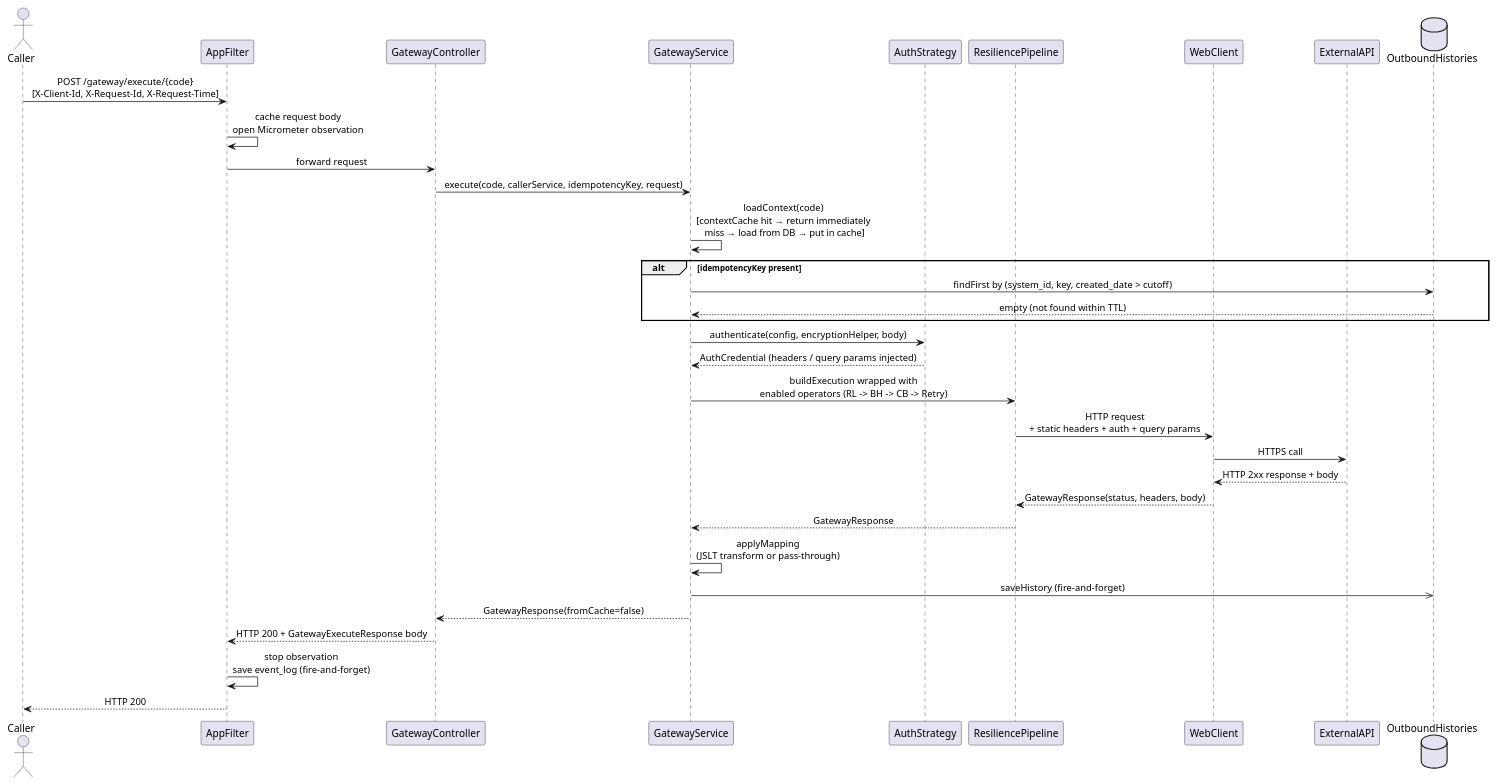
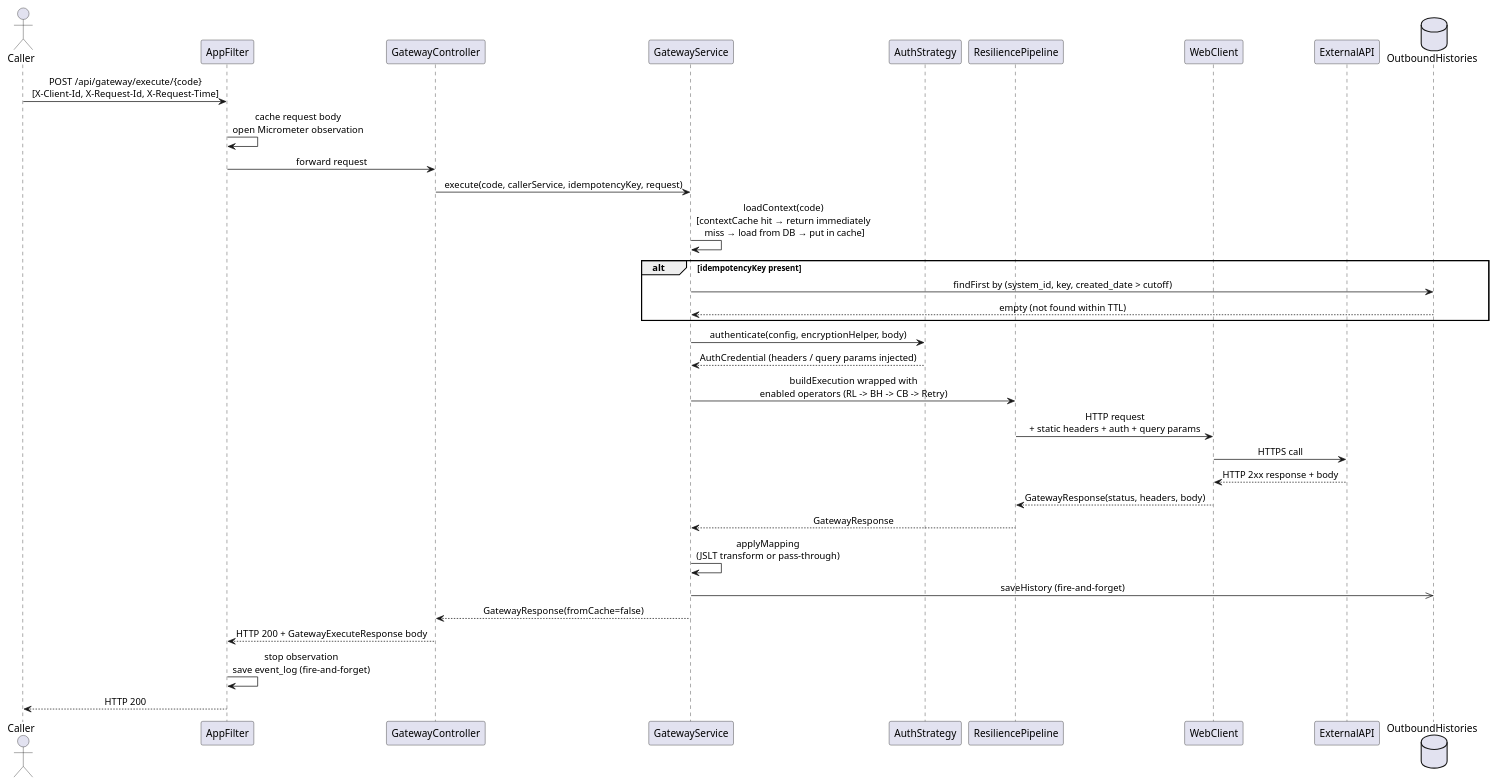
The second of 5 diagrams in README.md (nantaaditya/outbound-gateway), drawn with PlantUML before and after one commit. The commit also changed other lines of this file and 2 other files, not shown here.

First line of the commit message:
docs: fix API specification mismatches in README (Phase 22-C)

````diff
--- a/README.md
+++ b/README.md
@@ -137,45 +137,45 @@
 ```plantuml
 @startuml
 skinparam sequenceMessageAlign center
 
 actor Caller
 participant AppFilter
 participant GatewayController
 participant GatewayService
 participant AuthStrategy
 participant ResiliencePipeline
 participant WebClient
 participant ExternalAPI
 database OutboundHistories
 
-Caller -> AppFilter : POST /gateway/execute/{code}\n[X-Client-Id, X-Request-Id, X-Request-Time]
+Caller -> AppFilter : POST /api/gateway/execute/{code}\n[X-Client-Id, X-Request-Id, X-Request-Time]
 AppFilter -> AppFilter : cache request body\nopen Micrometer observation
 AppFilter -> GatewayController : forward request
 
 GatewayController -> GatewayService : execute(code, callerService, idempotencyKey, request)
 GatewayService -> GatewayService : loadContext(code)\n[contextCache hit → return immediately\n miss → load from DB → put in cache]
 
 alt idempotencyKey present
   GatewayService -> OutboundHistories : findFirst by (system_id, key, created_date > cutoff)
   OutboundHistories --> GatewayService : empty (not found within TTL)
 end
 
 GatewayService -> AuthStrategy : authenticate(config, encryptionHelper, body)
 AuthStrategy --> GatewayService : AuthCredential (headers / query params injected)
 
 GatewayService -> ResiliencePipeline : buildExecution wrapped with\nenabled operators (RL -> BH -> CB -> Retry)
 ResiliencePipeline -> WebClient : HTTP request\n+ static headers + auth + query params
 WebClient -> ExternalAPI : HTTPS call
 ExternalAPI --> WebClient : HTTP 2xx response + body
 WebClient --> ResiliencePipeline : GatewayResponse(status, headers, body)
 ResiliencePipeline --> GatewayService : GatewayResponse
 
 GatewayService -> GatewayService : applyMapping\n(JSLT transform or pass-through)
 GatewayService ->> OutboundHistories : saveHistory (fire-and-forget)
 GatewayService --> GatewayController : GatewayResponse(fromCache=false)
 
 GatewayController --> AppFilter : HTTP 200 + GatewayExecuteResponse body
 AppFilter -> AppFilter : stop observation\nsave event_log (fire-and-forget)
 AppFilter --> Caller : HTTP 200
 @enduml
 ```
````
